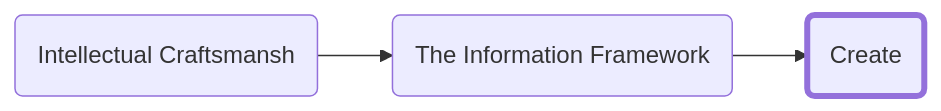
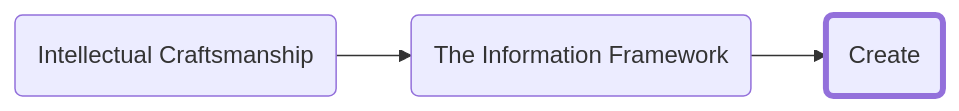
Before and after one commit to forrestpitz/forrestpitz.github.io: the diagram in _posts/2023-01-05-create.md, drawn with Mermaid. The commit also changed 21 other files, not shown here.

````diff
--- a/_posts/2023-01-05-create.md
+++ b/_posts/2023-01-05-create.md
@@ -11,9 +11,9 @@
 ```mermaid
 graph LR;
-  A(Intellectual Craftsmansh)-->B(The Information Framework)-->C(Create)
+  A(Intellectual Craftsmanship)-->B(The Information Framework)-->C(Create)
 
   style C stroke-width:4px
 
   click A "{% post_url 2023-01-05-intro %}"
   click B "{% post_url 2023-01-05-info-framework %}"
 ```
````
